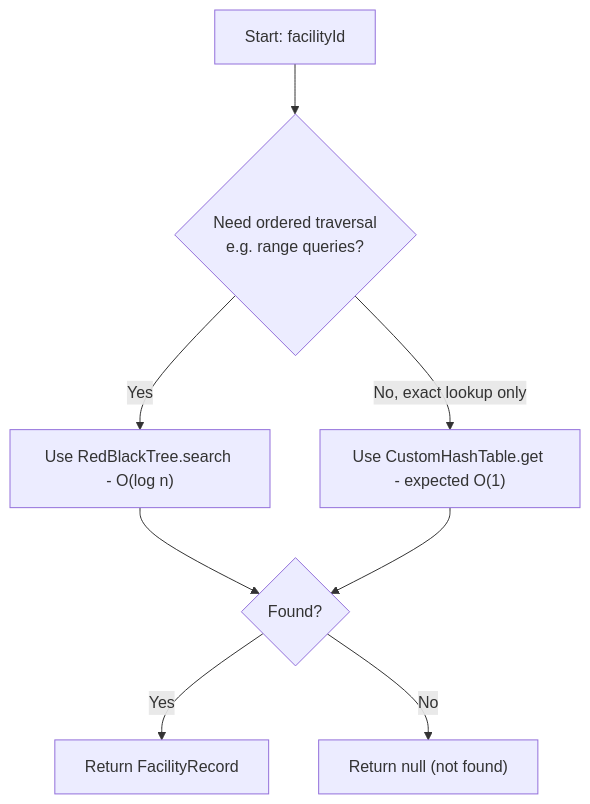
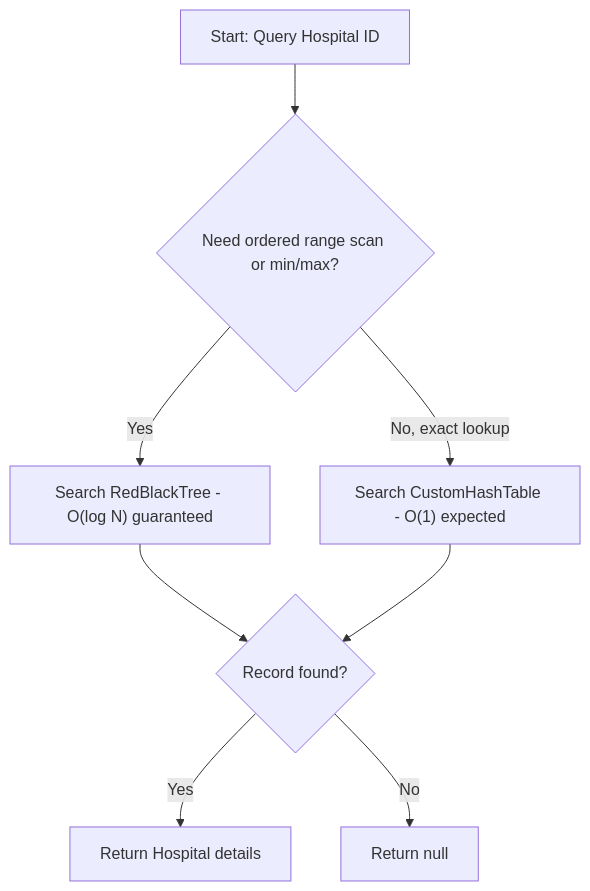
The fourth of 6 diagrams in docs/service-operations/flowcharts-pseudocode.md (Septagon-Systems/Hospital-Service-DSA), drawn with Mermaid before and after one commit. The commit also changed other lines of this file and 1 other file, not shown here.

Commit message:
docs(flowcharts): expand pseudocode to cover all 12 data structures and multi-queue dispatch

````diff
--- a/docs/service-operations/flowcharts-pseudocode.md
+++ b/docs/service-operations/flowcharts-pseudocode.md
@@ -262,10 +243,10 @@
 ```mermaid
 flowchart TD
-    A[Start: facilityId] --> B{"Need ordered traversal<br/>e.g. range queries?"}
-    B -- Yes --> C["Use RedBlackTree.search - O(log n)"]
-    B -- "No, exact lookup only" --> D["Use CustomHashTable.get - expected O(1)"]
-    C --> E{Found?}
+    A[Start: Query Hospital ID] --> B{"Need ordered range scan or min/max?"}
+    B -- Yes --> C["Search RedBlackTree - O(log N) guaranteed"]
+    B -- "No, exact lookup" --> D["Search CustomHashTable - O(1) expected"]
+    C --> E{Record found?}
     D --> E
-    E -- Yes --> F[Return FacilityRecord]
-    E -- No --> G["Return null (not found)"]
+    E -- Yes --> F[Return Hospital details]
+    E -- No --> G[Return null]
 ```
````
